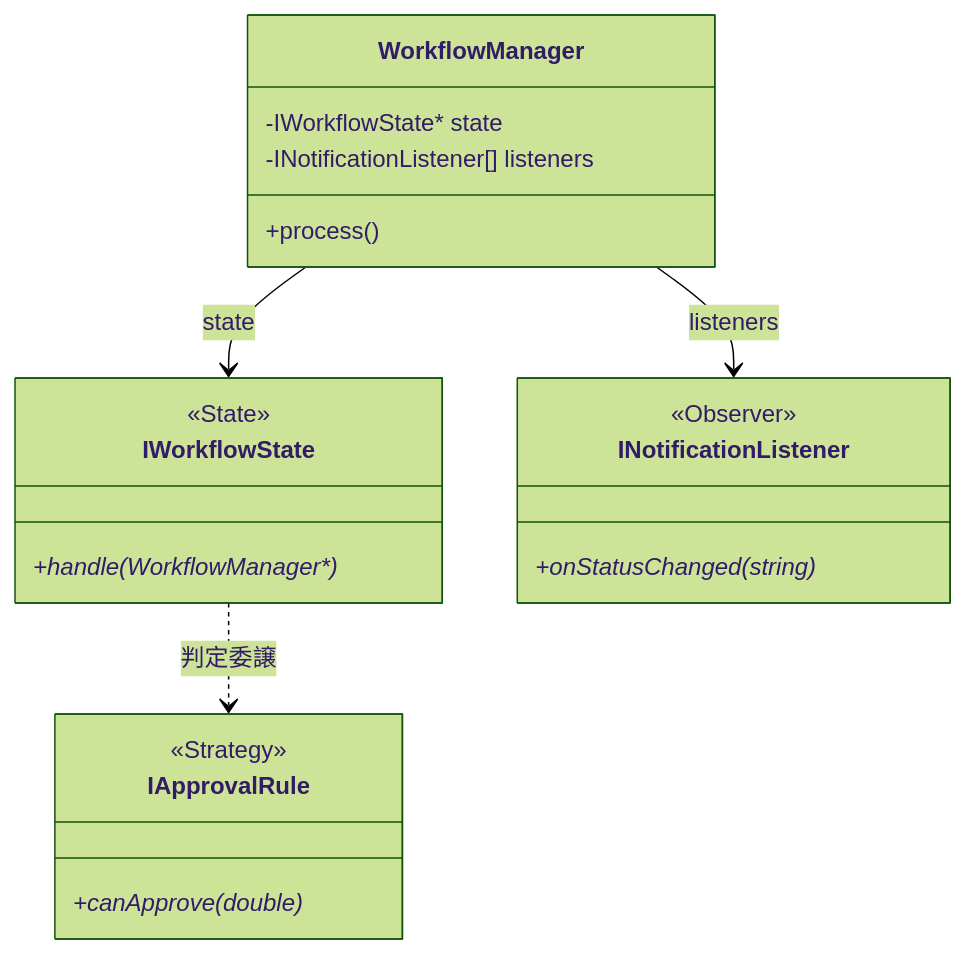
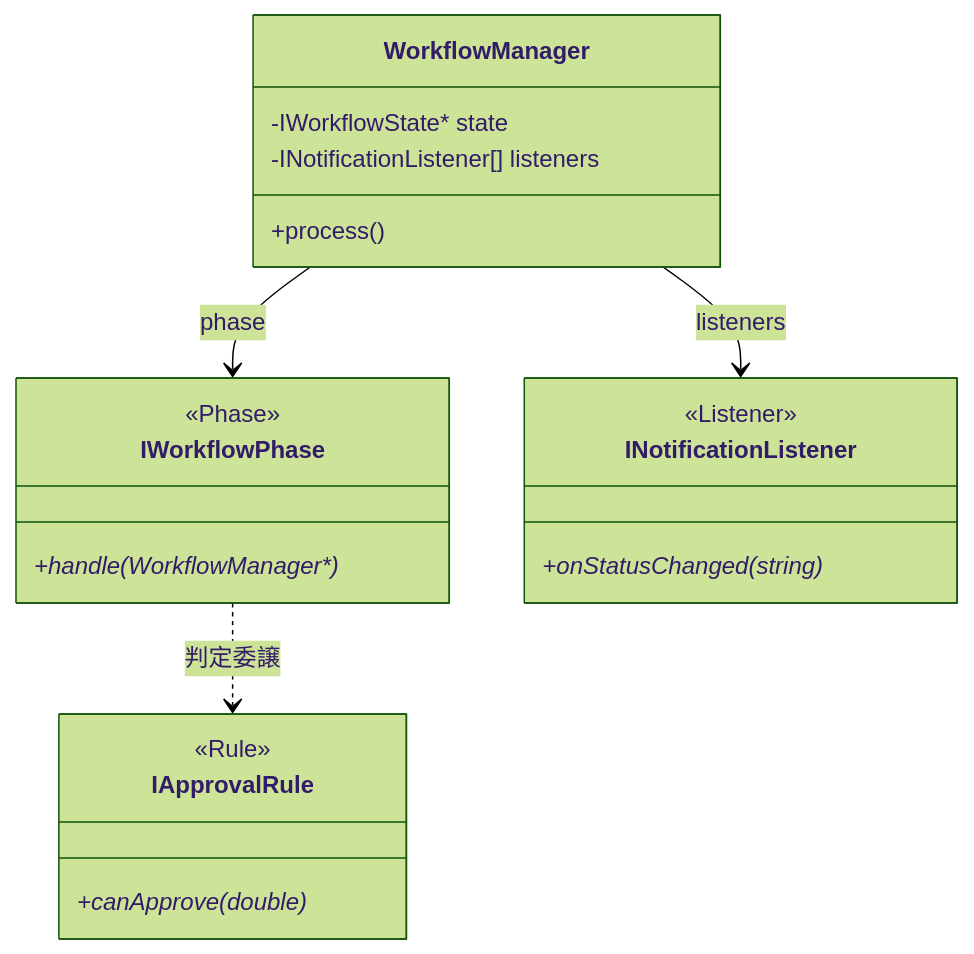
The tenth of 10 diagrams in kindle/design-patterns/output/chapter12.md (kumachan1101-pixel/DesignPattern), drawn with Mermaid (forest theme) before and after one commit. The commit also changed other lines of this file, not shown here.

````diff
--- a/kindle/design-patterns/output/chapter12.md
+++ b/kindle/design-patterns/output/chapter12.md
@@ -1364,24 +1364,24 @@
 ```mermaid
 classDiagram
     class WorkflowManager {
         -IWorkflowState* state
         -INotificationListener[] listeners
         +process()
     }
-    class IWorkflowState {
-        <<State>>
+    class IWorkflowPhase {
+        <<Phase>>
         +handle(WorkflowManager*)*
     }
     class IApprovalRule {
-        <<Strategy>>
+        <<Rule>>
         +canApprove(double)*
     }
     class INotificationListener {
-        <<Observer>>
+        <<Listener>>
         +onStatusChanged(string)*
     }
-    WorkflowManager --> IWorkflowState : state
+    WorkflowManager --> IWorkflowPhase : phase
     WorkflowManager --> INotificationListener : listeners
-    IWorkflowState ..> IApprovalRule : 判定委譲
+    IWorkflowPhase ..> IApprovalRule : 判定委譲
 
 ```
````
